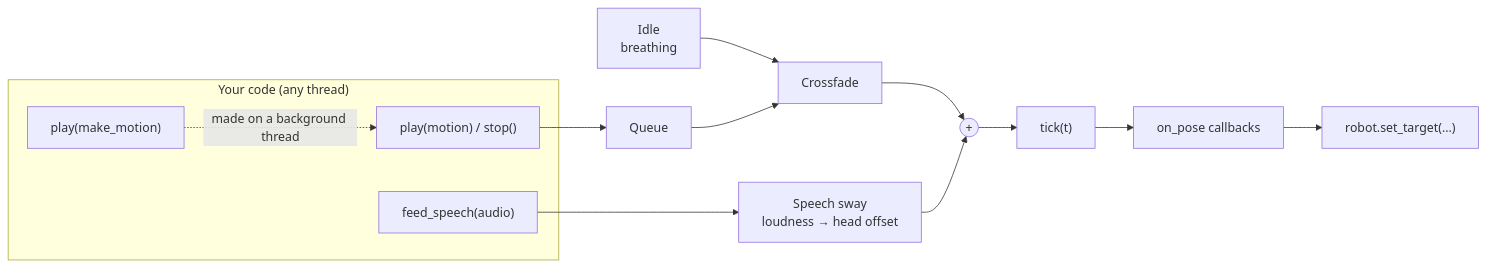
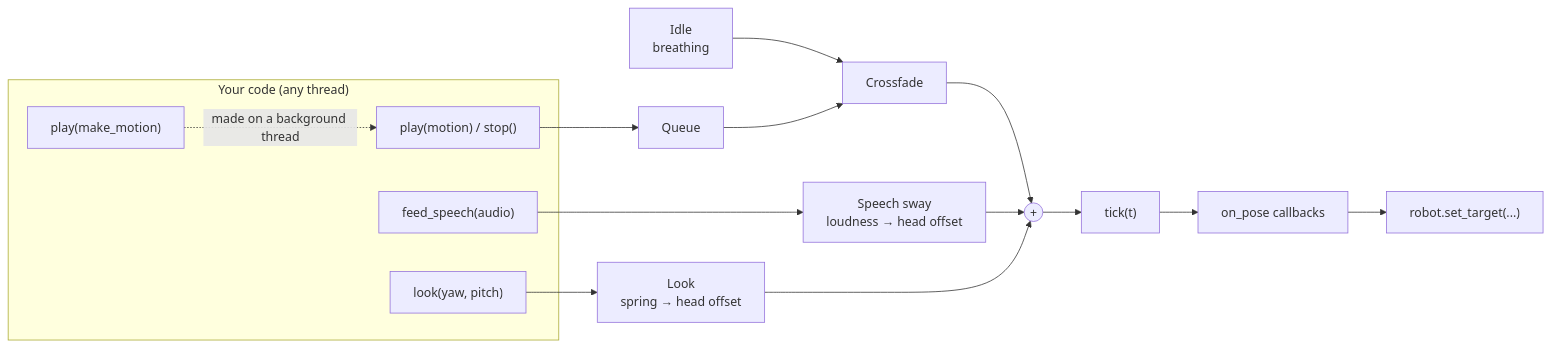
One commit to pham-tuan-binh/reachy-animation changed the diagram in README.md. Above: the diagram before and after it, drawn with Mermaid. The commit also changed other lines of this file and 2 other files, not shown here.

First line of the commit message:
Look layer: look(yaw, pitch) springs the head toward an external target

````diff
--- a/README.md
+++ b/README.md
@@ -107,18 +108,20 @@
 ```mermaid
 flowchart LR
     subgraph you["Your code (any thread)"]
         speech["feed_speech(audio)"]
         play["play(motion) / stop()"]
         make["play(make_motion)"]
+        look["look(yaw, pitch)"]
     end
     make -. "made on a background thread" .-> play
     speech --> sway["Speech sway<br/>loudness → head offset"]
     play --> queue["Queue"]
     idle["Idle<br/>breathing"] --> fade["Crossfade"]
     queue --> fade
     fade --> add(("+"))
     sway --> add
+    look --> spring["Look<br/>spring → head offset"] --> add
     add --> tick["tick(t)"]
     tick --> on_pose["on_pose callbacks"]
     on_pose --> robot["robot.set_target(...)"]
 ```
````
